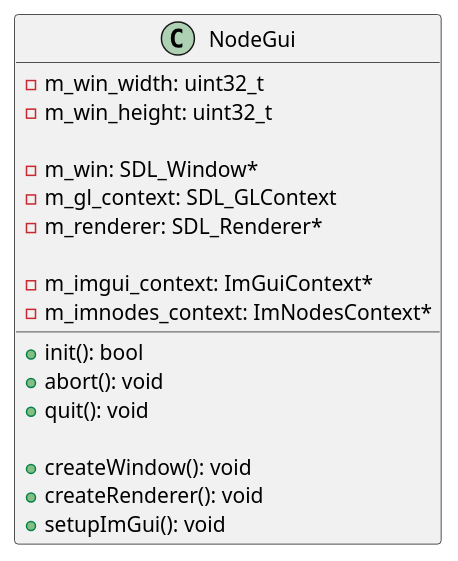
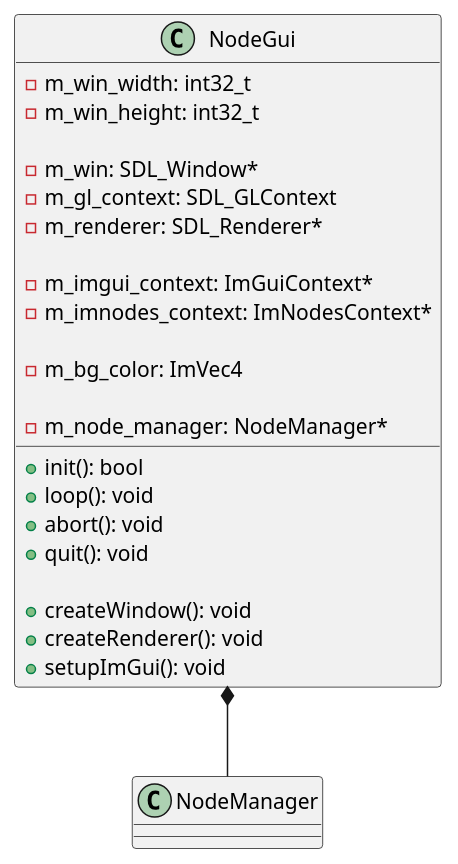
One commit to nkue-yst/NodeProcessV2 changed the diagram in uml/uml.pu. Above: the diagram before and after it, drawn with PlantUML. The commit also changed 7 other files, not shown here.

```diff
--- a/uml/uml.pu
+++ b/uml/uml.pu
@@ -1,23 +1,34 @@
 @startuml NodeProcessing
 
 class NodeGui {
     +init(): bool
+    +loop(): void
     +abort(): void
     +quit(): void
 
     +createWindow(): void
     +createRenderer(): void
     +setupImGui(): void
 
-    -m_win_width: uint32_t
-    -m_win_height: uint32_t
+    -m_win_width: int32_t
+    -m_win_height: int32_t
 
     -m_win: SDL_Window*
     -m_gl_context: SDL_GLContext
     -m_renderer: SDL_Renderer*
 
     -m_imgui_context: ImGuiContext*
     -m_imnodes_context: ImNodesContext*
+
+    -m_bg_color: ImVec4
+
+    -m_node_manager: NodeManager*
 }
 
+class NodeManager {
+
+}
+
+NodeGui *-- NodeManager
+
 @enduml
```
